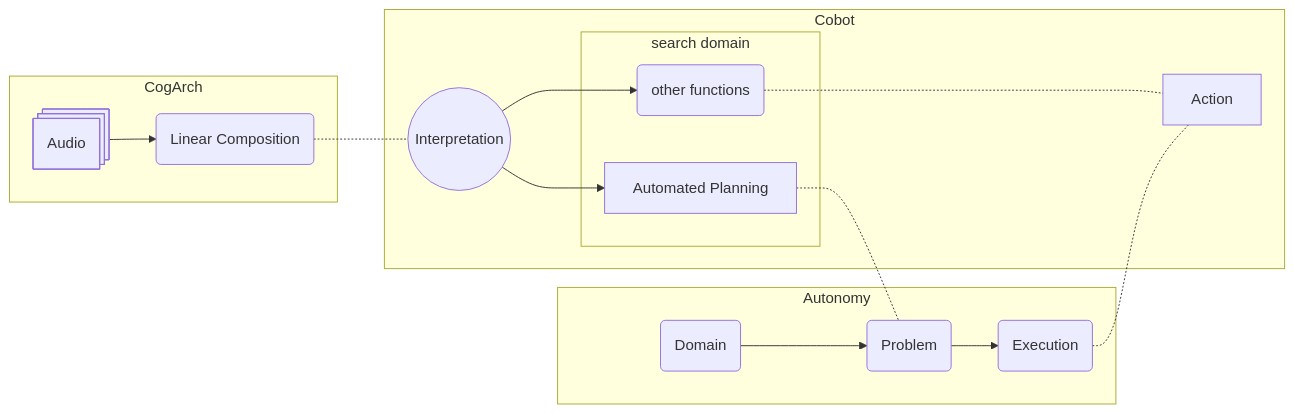
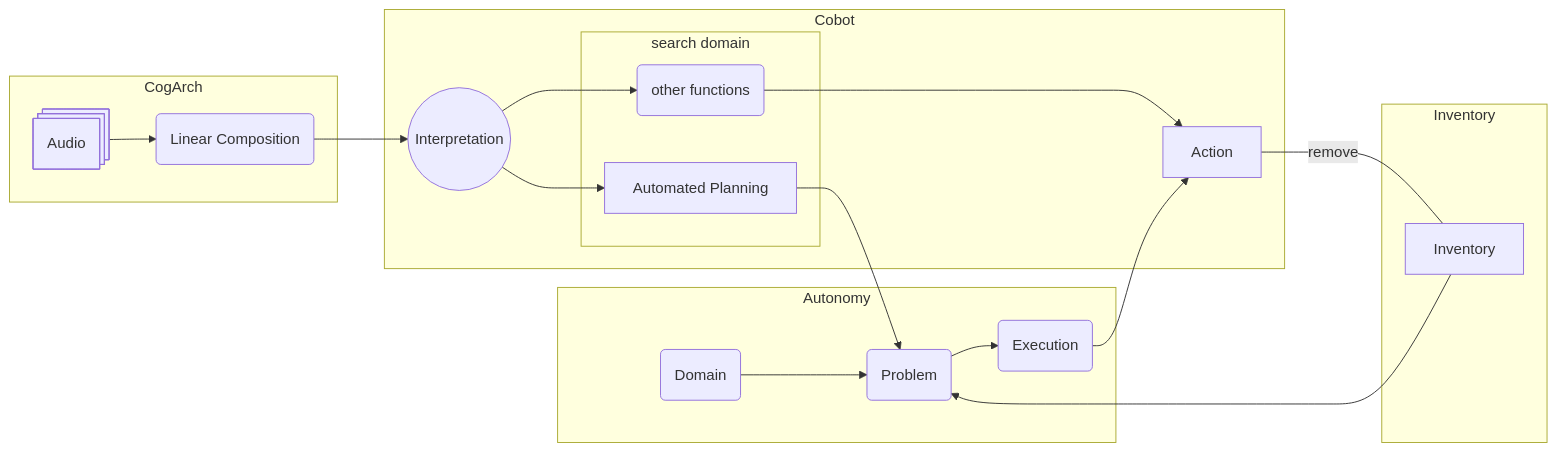
Before and after one commit to ogoudey/complex-cobot: the first of 3 diagrams in README.md, drawn with Mermaid. The commit also changed other lines of this file, not shown here.

````diff
--- a/README.md
+++ b/README.md
@@ -27,24 +27,28 @@
 ``` mermaid
 graph LR
     subgraph CogArch
     C@{ shape: procs, label: "Audio"} --> B(Linear Composition)
     end
-    B -.- A((Interpretation))
+    B --> A((Interpretation))
     
     subgraph Cobot
     A --> D[Automated Planning]
     A --> E(other functions)
     subgraph search domain
         D
         E
     end
     
-    E -.- O
+    E --> O
     end
-    D -.- F(Problem)
+    D --> F(Problem)
     subgraph Autonomy
     G(Domain) --> F
     F --> H(Execution)
-    H -.- O[Action]
+    H --> O[Action]
     end
+    subgraph Inventory
+    K[Inventory] --> F
+    end
+    O --remove--- K
 ```
````
